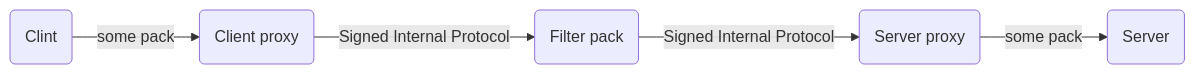
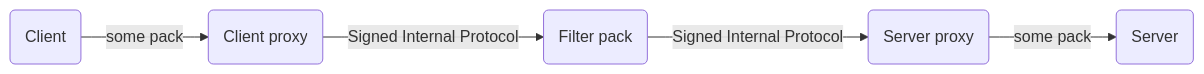
Before and after one commit to yaryu2/The-Mevadeltron-3000-docker: the diagram in README.md, drawn with Mermaid.

````diff
--- a/README.md
+++ b/README.md
@@ -11,7 +11,7 @@
 ```mermaid
 graph LR
-A(Clint) -- some pack --> B(Client proxy)
+A(Client) -- some pack --> B(Client proxy)
 B -- Signed Internal Protocol --> C(Filter pack)
 C -- Signed Internal Protocol --> D(Server proxy)
 D -- some pack --> E(Server)
 ```
````
